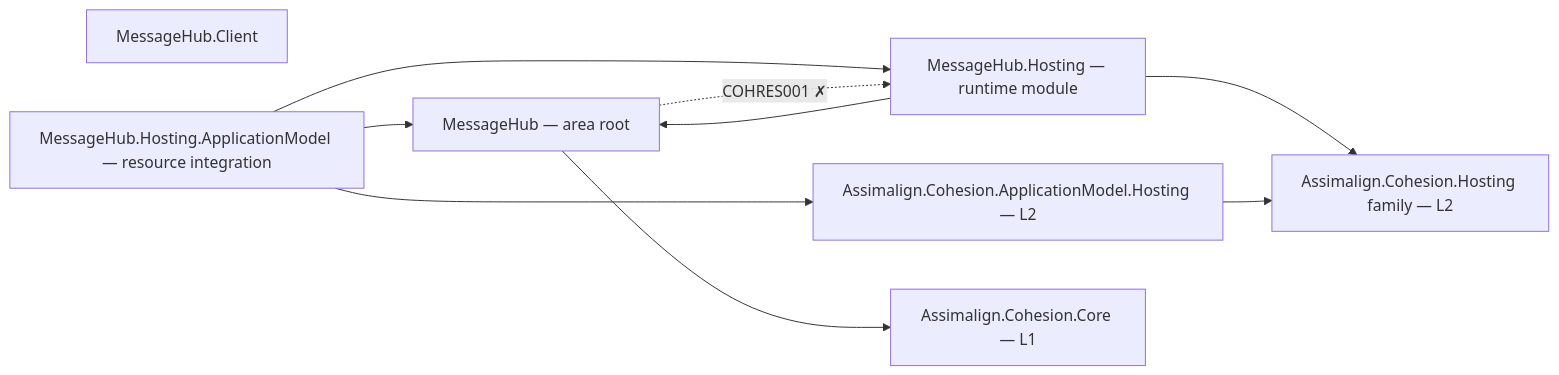
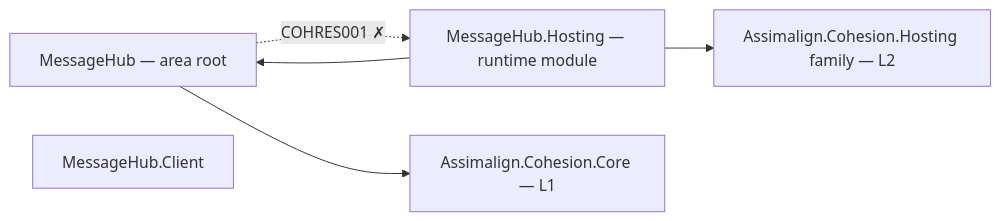
Before and after one commit to assimalign/cohesion: the diagram in resources/MessageHub/README.md, drawn with Mermaid. The commit also changed other lines of this file and 141 other files, not shown here.

First line of the commit message:
docs(application-model): remove the old model from rules and docs

````diff
--- a/resources/MessageHub/README.md
+++ b/resources/MessageHub/README.md
@@ -12,18 +12,12 @@
 ```mermaid
 flowchart LR
     P0["MessageHub — area root"]
     P2["MessageHub.Client"]
     P3["MessageHub.Hosting — runtime module"]
-    PAM["MessageHub.Hosting.ApplicationModel — resource integration"]
-    AMH["Assimalign.Cohesion.ApplicationModel.Hosting — L2"]
     CORE["Assimalign.Cohesion.Core — L1"]
     HOSTFAM["Assimalign.Cohesion.Hosting family — L2"]
     P0 --> CORE
     P3 --> HOSTFAM
     P3 --> P0
-    PAM --> P3
-    PAM --> P0
-    PAM --> AMH
-    AMH --> HOSTFAM
     P0 -.->|"COHRES001 ✗"| P3
 ```
````
